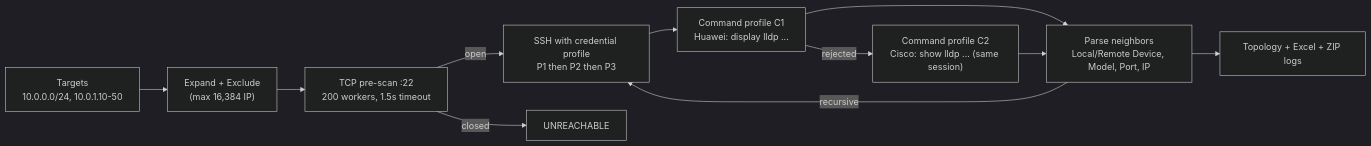
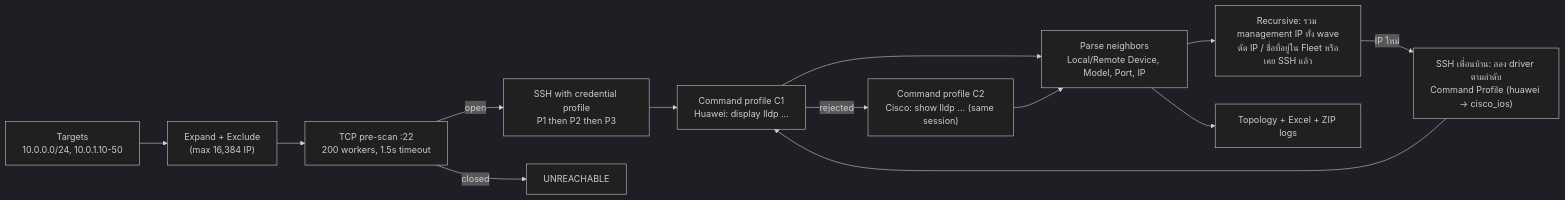
One commit to Imgoingtosleep/deploy-config-38ghfa2n8ds changed the fourth of 5 diagrams in README.md. Above: the diagram before and after it, drawn with Mermaid (dark theme). The commit also changed other lines of this file and 6 other files, not shown here.

````diff
--- a/README.md
+++ b/README.md
@@ -146,13 +158,15 @@
 ```mermaid
 flowchart LR
     T["Targets<br/>10.0.0.0/24, 10.0.1.10-50"] --> X["Expand + Exclude<br/>(max 16,384 IP)"]
     X --> P["TCP pre-scan :22<br/>200 workers, 1.5s timeout"]
     P -->|open| S["SSH with credential profile<br/>P1 then P2 then P3"]
     P -->|closed| U["UNREACHABLE"]
     S --> C1["Command profile C1<br/>Huawei: display lldp ..."]
     C1 -->|rejected| C2["Command profile C2<br/>Cisco: show lldp ... (same session)"]
     C1 --> R["Parse neighbors<br/>Local/Remote Device, Model, Port, IP"]
     C2 --> R
-    R -->|recursive| S
+    R --> Q["Recursive: รวม management IP ทั้ง wave<br/>ตัด IP / ชื่อที่อยู่ใน Fleet หรือเคย SSH แล้ว"]
+    Q -->|IP ใหม่| D["SSH เพื่อนบ้าน: ลอง driver ตามลำดับ<br/>Command Profile (huawei → cisco_ios)"]
+    D --> C1
     R --> O["Topology + Excel + ZIP logs"]
 ```
````
